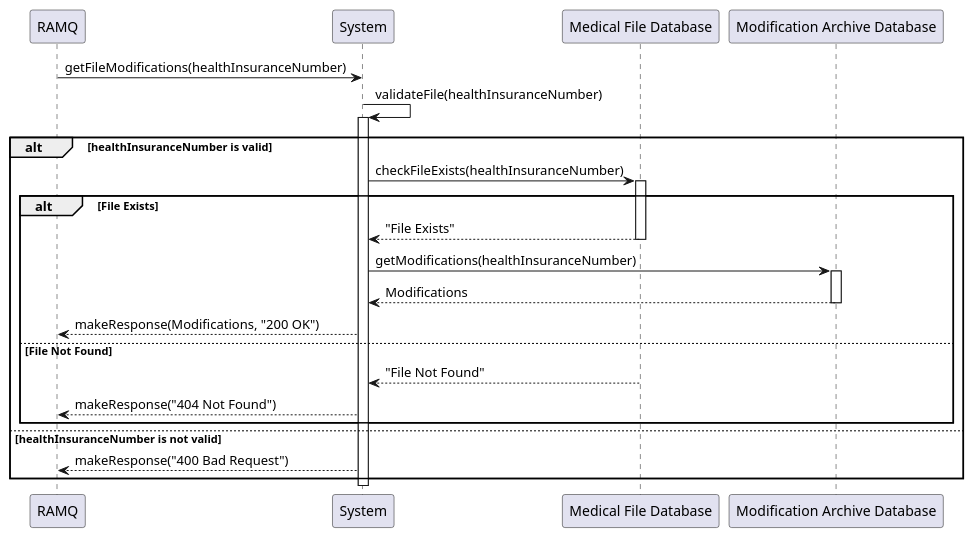
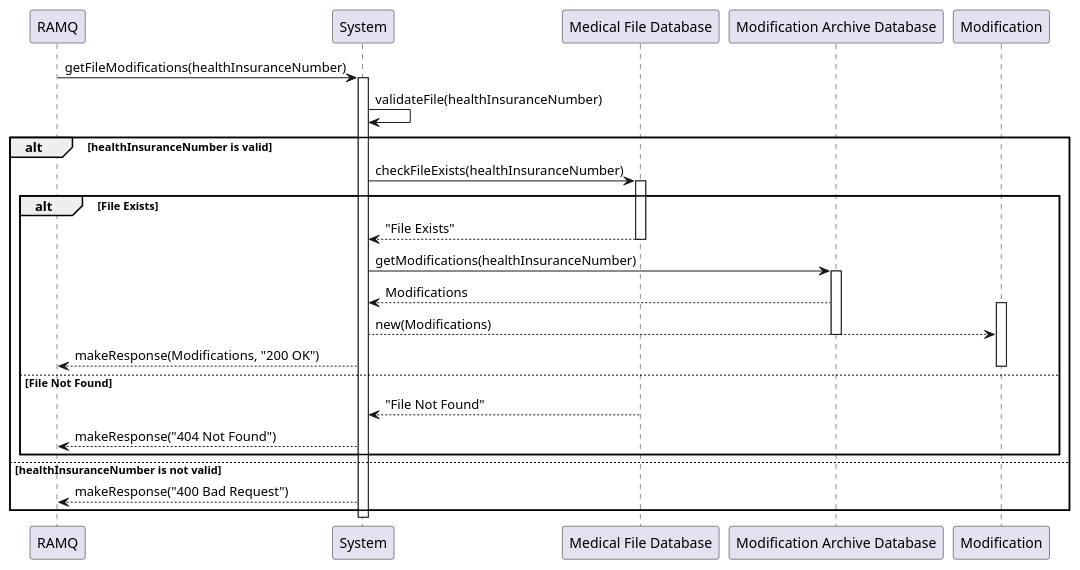
One commit to KevenJAntenor/Quebec-Centralized-Medical-Record-System changed the diagram in plantUml/sequence-get-modification.puml. Above: the diagram before and after it, drawn with PlantUML. The commit also changed 13 other files, not shown here.

Commit message:
fix: add classes to sequence diagrams

```diff
--- a/plantUml/sequence-get-modification.puml
+++ b/plantUml/sequence-get-modification.puml
@@ -1,33 +1,37 @@
 @startuml
 
 participant "RAMQ" as RAMQ
 participant "System" as System
 participant "Medical File Database" as MedicalDatabase
 participant "Modification Archive Database" as Database
+participant "Modification" as Modif
 
 RAMQ -> System: getFileModifications(healthInsuranceNumber)
+activate System
 System -> System: validateFile(healthInsuranceNumber)
 alt healthInsuranceNumber is valid
-    activate System
     System -> MedicalDatabase: checkFileExists(healthInsuranceNumber)
     activate MedicalDatabase
     alt File Exists
         MedicalDatabase --> System: "File Exists"
         deactivate MedicalDatabase
         System -> Database: getModifications(healthInsuranceNumber)
         activate Database
         Database --> System: Modifications
+        activate Modif
+        System --> Modif: new(Modifications)
         deactivate Database
         System --> RAMQ: makeResponse(Modifications, "200 OK")
+        deactivate Modif
     else File Not Found
         MedicalDatabase --> System: "File Not Found"
         deactivate MedicalDatabase
         System --> RAMQ: makeResponse("404 Not Found")
     end
 else healthInsuranceNumber is not valid
     System --> RAMQ: makeResponse("400 Bad Request")
 end
 
 deactivate System
 
 @enduml
```
